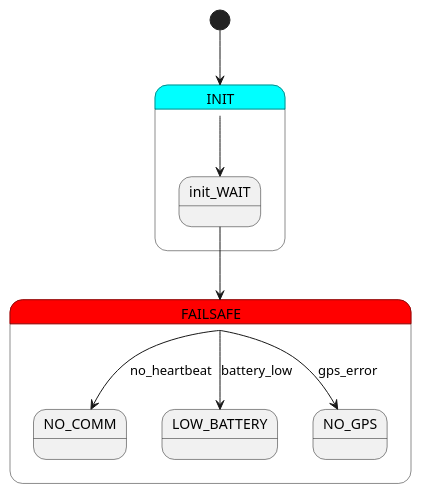
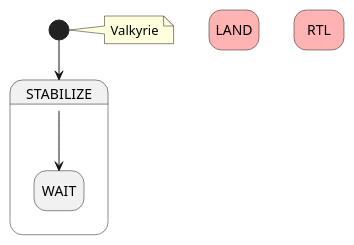
The diagram in mission/diagrams/valkyrie.puml (Z-Hamdoun/Asgard), drawn with PlantUML before and after one commit. The commit also changed 1 other file, not shown here.

Commit message:
Valkyrie init  diagram

```diff
--- a/mission/diagrams/valkyrie.puml
+++ b/mission/diagrams/valkyrie.puml
@@ -1,35 +1,19 @@
 @startuml
+hide empty description
 
-state INIT #cyan {
-    state init_WAIT {
-    }
+''' BASE STATES '''
+state LAND #ffb3b3
+state RTL #ffb3b3
 
-    INIT --> init_WAIT
+''' MISSION '''
+state STABILIZE {
+    state "WAIT" as stabilize_WAIT
+    STABILIZE --> stabilize_WAIT
 }
 
-state FAILSAFE #red {
-
-    state NO_COMM {
-    }
-    state LOW_BATTERY {
-    }
-    state NO_GPS {
-    }
-
-    FAILSAFE --> NO_COMM : no_heartbeat
-    FAILSAFE --> LOW_BATTERY : battery_low
-    FAILSAFE --> NO_GPS : gps_error
-}
-
-
-
-
-
-
-
-
-[*] --> INIT
-init_WAIT --> FAILSAFE
+state start <<start>>
+note right of start : Valkyrie
+start --> STABILIZE
 
 
 @enduml
```
